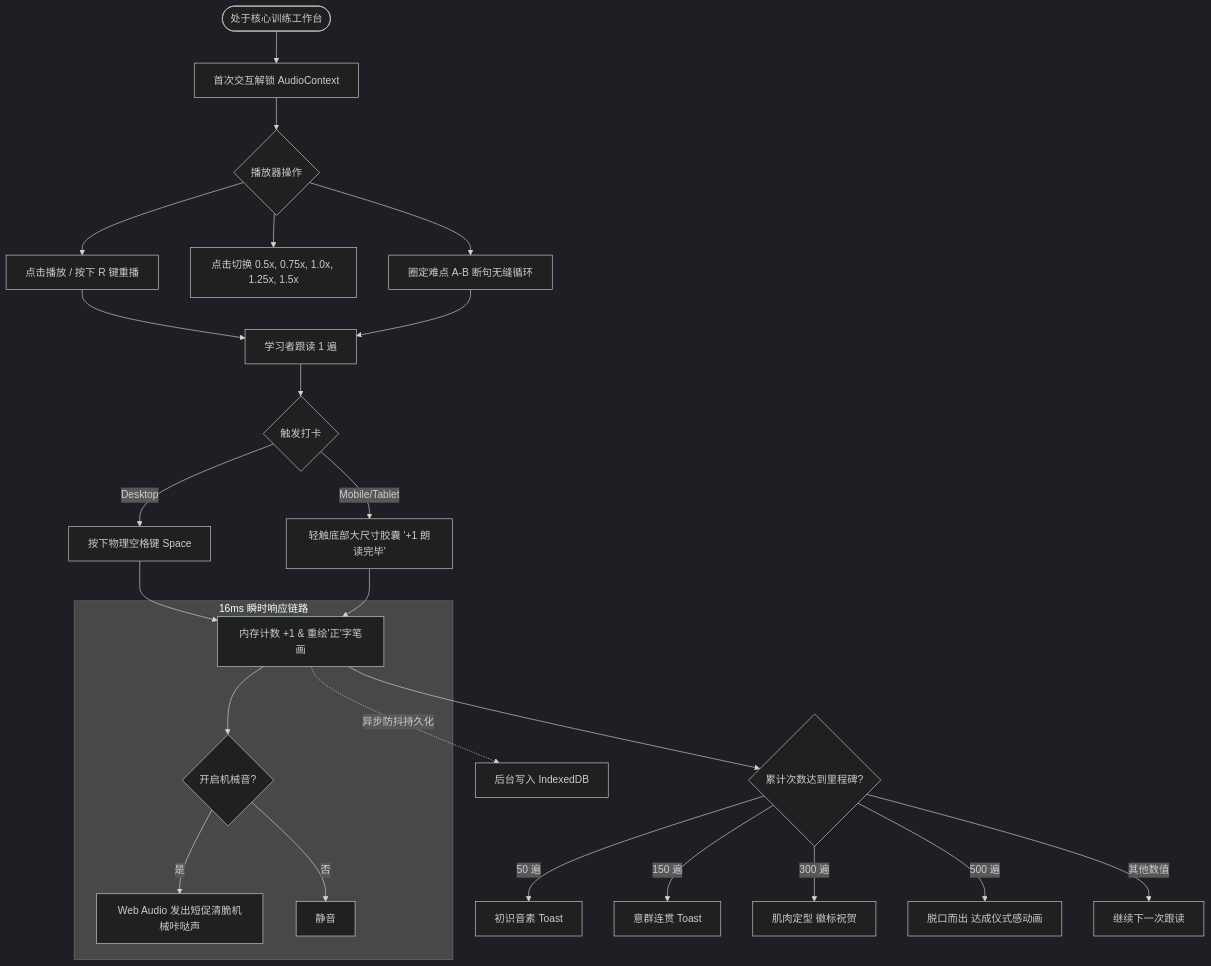
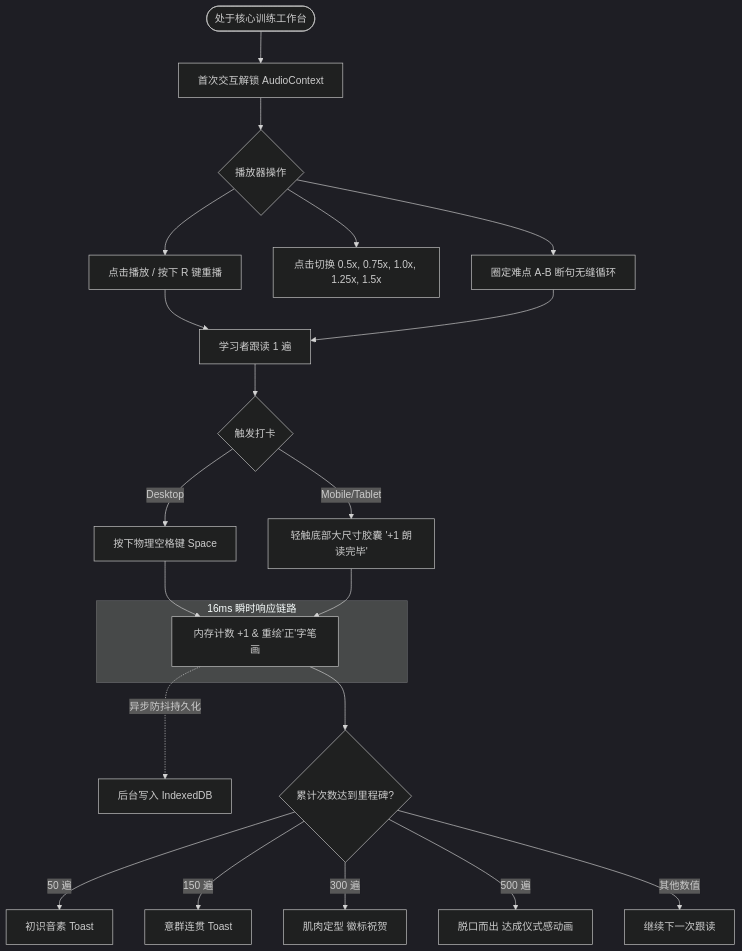
One commit to availlogic/talkdrill changed the fourth of 7 diagrams in docs/User-Flows.md. Above: the diagram before and after it, drawn with Mermaid (dark theme). The commit also changed other lines of this file and 19 other files, not shown here.

````diff
--- a/docs/User-Flows.md
+++ b/docs/User-Flows.md
@@ -133,35 +133,32 @@
 ```mermaid
 flowchart TD
     InWorkspace([处于核心训练工作台]) --> UnlockAudio[首次交互解锁 AudioContext]
     UnlockAudio --> AudioControl{播放器操作}
     
     AudioControl --> PlayAudio[点击播放 / 按下 R 键重播]
     AudioControl --> SpeedTune[点击切换 0.5x, 0.75x, 1.0x, 1.25x, 1.5x]
     AudioControl --> LoopAB[圈定难点 A-B 断句无缝循环]
     
     PlayAudio --> ReadAloud[学习者跟读 1 遍]
     LoopAB --> ReadAloud
     
     ReadAloud --> TriggerCount{触发打卡}
     TriggerCount -->|Desktop| SpacePress[按下物理空格键 Space]
     TriggerCount -->|Mobile/Tablet| TouchCapsule[轻触底部大尺寸胶囊 '+1 朗读完毕']
     
     SpacePress --> InstantAction
     TouchCapsule --> InstantAction
     
     subgraph UltraFastAction ["16ms 瞬时响应链路"]
         InstantAction[内存计数 +1 & 重绘'正'字笔画]
-        InstantAction --> SoundOpt{开启机械音?}
-        SoundOpt -->|是| PlayClick[Web Audio 发出短促清脆机械咔哒声]
-        SoundOpt -->|否| SkipSound[静音]
     end
     
     InstantAction -.->|异步防抖持久化| AsyncSave[后台写入 IndexedDB]
     
     InstantAction --> MilestoneEval{累计次数达到里程碑?}
     MilestoneEval -->|50 遍| M50[初识音素 Toast]
     MilestoneEval -->|150 遍| M150[意群连贯 Toast]
     MilestoneEval -->|300 遍| M300[肌肉定型 徽标祝贺]
     MilestoneEval -->|500 遍| M500[脱口而出 达成仪式感动画]
     MilestoneEval -->|其他数值| ContinueLoop[继续下一次跟读]
 ```
````
